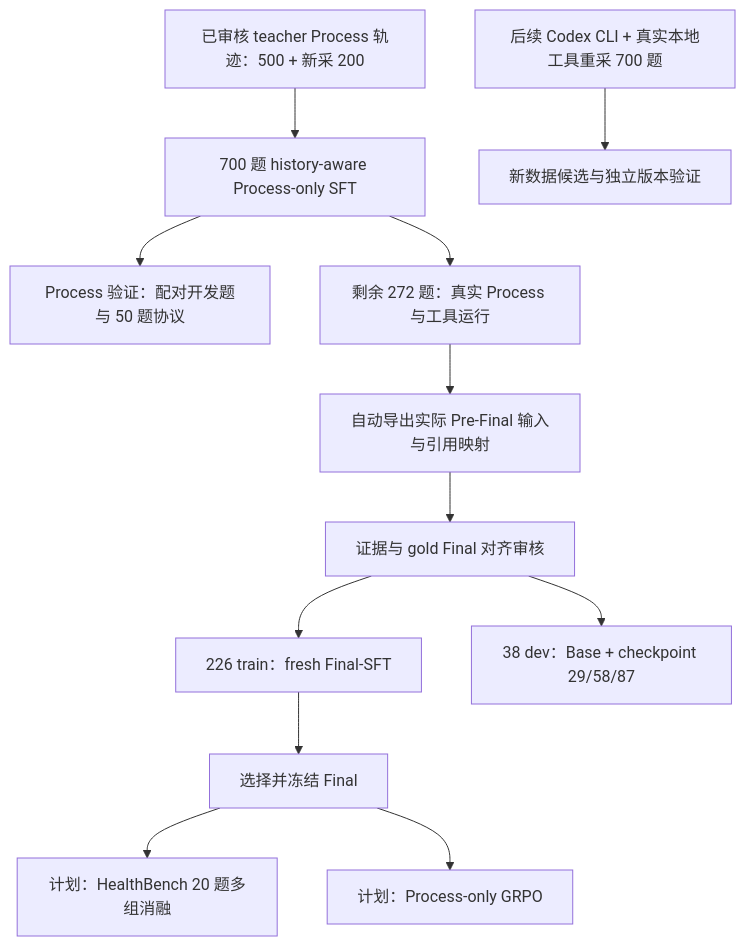
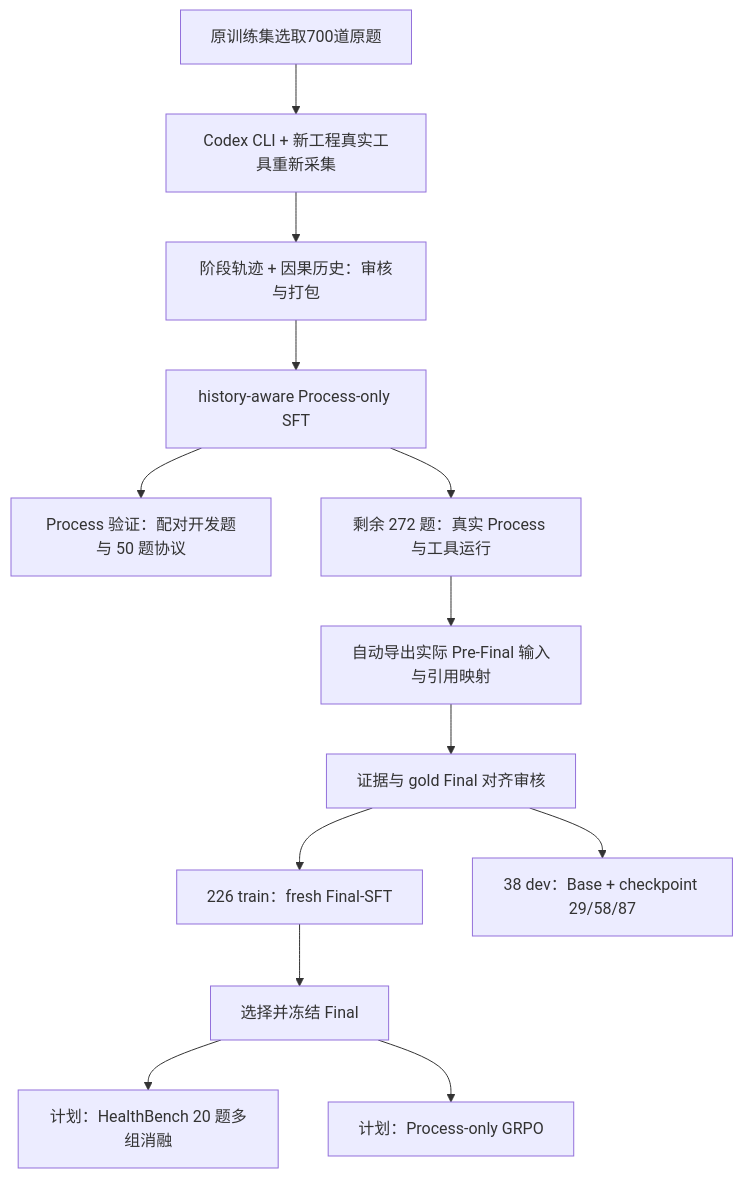
The diagram in versions/process_final_sft/README.md (MaSunKing/medical-research-agent-grpo), drawn with Mermaid before and after one commit. The commit also changed other lines of this file and 6 other files, not shown here.

Commit message:
docs: explain iteration motivations and Codex CLI collection workflow

````diff
--- a/versions/process_final_sft/README.md
+++ b/versions/process_final_sft/README.md
@@ -9,14 +13,15 @@
 ```mermaid
 flowchart TB
-    T[已审核 teacher Process 轨迹：500 + 新采 200] --> PS[700 题 history-aware Process-only SFT]
+    Q[原训练集选取700道原题] --> CLI[Codex CLI + 新工程真实工具重新采集]
+    CLI --> T[阶段轨迹 + 因果历史：审核与打包]
+    T --> PS[history-aware Process-only SFT]
     PS --> PV[Process 验证：配对开发题与 50 题协议]
     PS --> Collect[剩余 272 题：真实 Process 与工具运行]
     Collect --> Package[自动导出实际 Pre-Final 输入与引用映射]
     Package --> Gate[证据与 gold Final 对齐审核]
     Gate --> FS[226 train：fresh Final-SFT]
     Gate --> Dev[38 dev：Base + checkpoint 29/58/87]
     FS --> Frozen[选择并冻结 Final]
     Frozen --> Ablation[计划：HealthBench 20 题多组消融]
     Frozen --> RL[计划：Process-only GRPO]
-    New[后续 Codex CLI + 真实本地工具重采 700 题] --> Next[新数据候选与独立版本验证]
 ```
````
